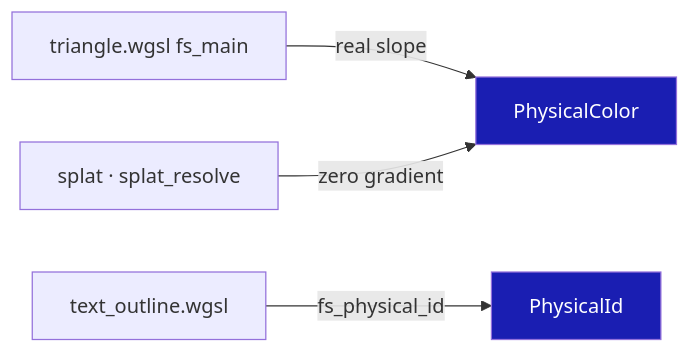
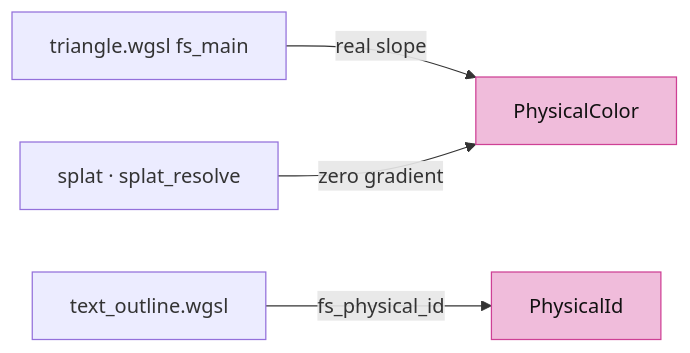
The tenth of 15 diagrams in session_viewer/docs/05-visibility.md (petrasvestartas/session), drawn with Mermaid before and after one commit. The commit also changed other lines of this file and 23 other files, not shown here.

Commit message:
Course: Mermaid nodes white with black text, highlighted nodes pink, white arrows and edge labels on the black ground

````diff
--- a/session_viewer/docs/05-visibility.md
+++ b/session_viewer/docs/05-visibility.md
@@ -180,8 +180,8 @@
 ```mermaid
 flowchart LR
     T["triangle.wgsl fs_main"] -- "real slope" --> P["PhysicalColor"]
     S["splat · splat_resolve"] -- "zero gradient" --> P
     O["text_outline.wgsl"] -- "fs_physical_id" --> I["PhysicalId"]
-    style P fill:#1a1eb2,color:#fff
-    style I fill:#1a1eb2,color:#fff
+    style P fill:#f0bcdb,stroke:#ce4095,color:#111
+    style I fill:#f0bcdb,stroke:#ce4095,color:#111
 ```
````
